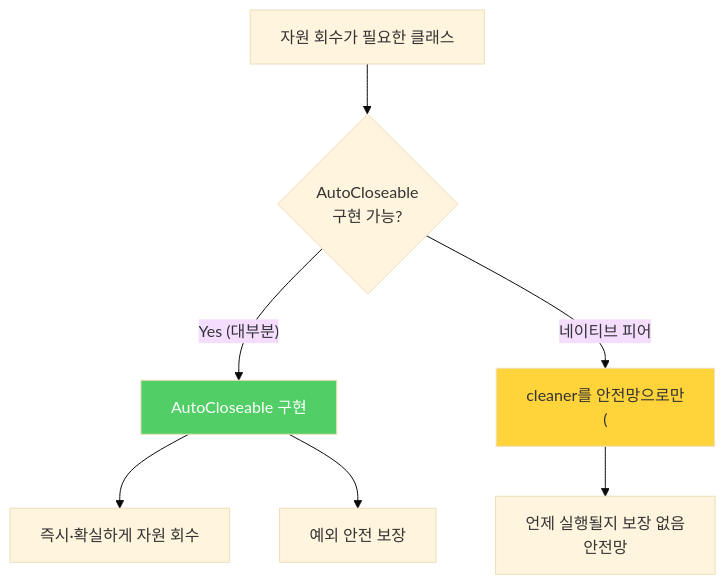
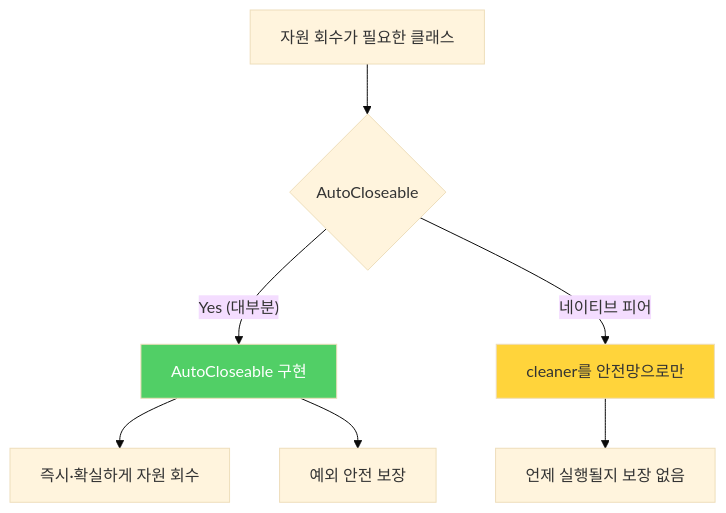
One commit to yjkim2015/yjkim2015.github.io changed the third of 3 diagrams in _posts/java/2021-12-20-effective-java8.md. Above: the diagram before and after it, drawn with Mermaid (base theme). The commit also changed other lines of this file and 217 other files, not shown here.

First line of the commit message:
Mermaid 크기 수정: useMaxWidth:true + SVG max-width:100% + 라벨 축소

````diff
--- a/_posts/java/2021-12-20-effective-java8.md
+++ b/_posts/java/2021-12-20-effective-java8.md
@@ -250,11 +250,11 @@
 ```mermaid
 graph TD
-    A["자원 회수가 필요한 클래스"] --> B{"AutoCloseable\n구현 가능?"}
-    B -->|"Yes (대부분)"| C["AutoCloseable 구현\n"]
-    B -->|"네이티브 피어"| D["cleaner를 안전망으로만\n("]
+    A["자원 회수가 필요한 클래스"] --> B{"AutoCloseable"}
+    B -->|"Yes (대부분)"| C["AutoCloseable 구현"]
+    B -->|"네이티브 피어"| D["cleaner를 안전망으로만"]
     C --> C1["즉시·확실하게 자원 회수"]
     C --> C2["예외 안전 보장"]
-    D --> D1["언제 실행될지 보장 없음\n안전망"]
+    D --> D1["언제 실행될지 보장 없음"]
     style C fill:#51cf66,color:#fff
     style D fill:#ffd43b
 ```
````
